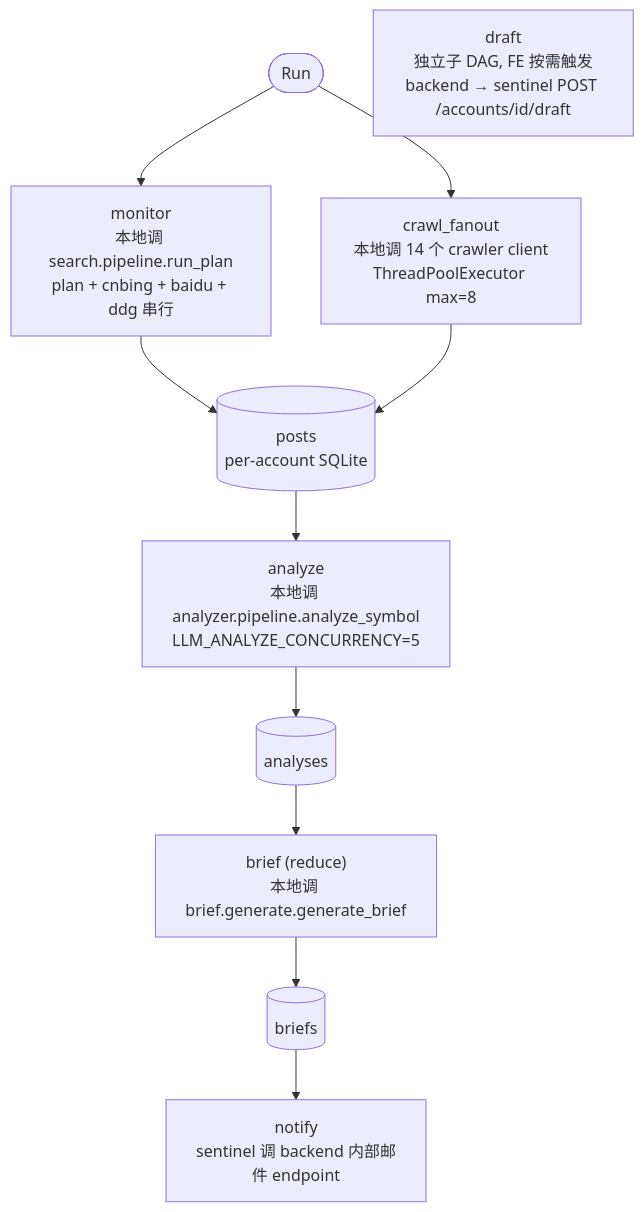
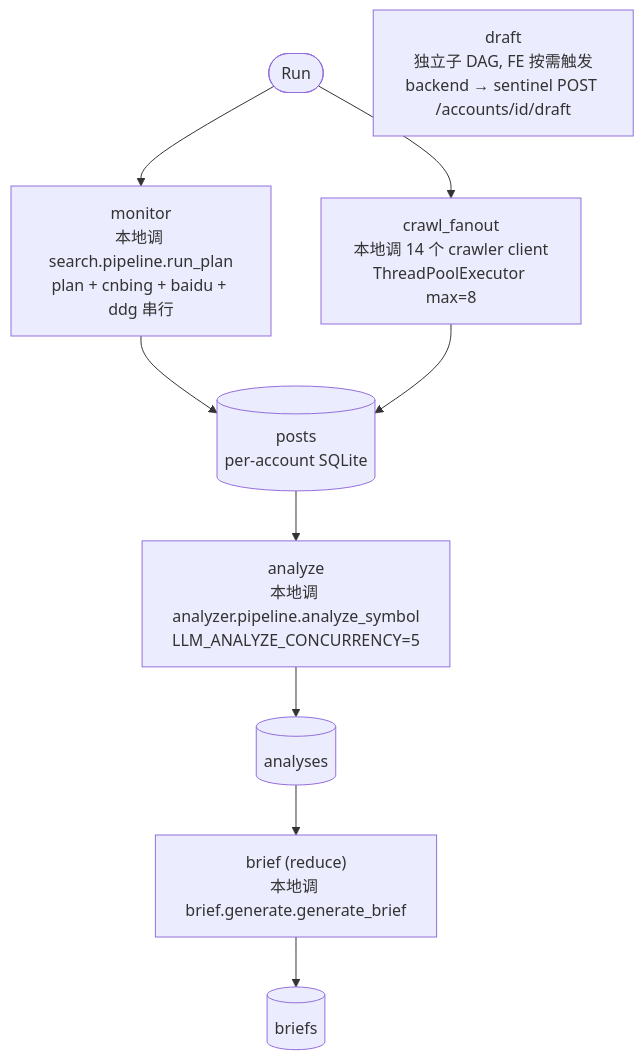
Before and after one commit to sr007-cxy/Vigilath: the fourth of 5 diagrams in services/sentinel-service/docs/sentiment-architecture-v2.md, drawn with Mermaid. The commit also changed other lines of this file, not shown here.

````diff
--- a/services/sentinel-service/docs/sentiment-architecture-v2.md
+++ b/services/sentinel-service/docs/sentiment-architecture-v2.md
@@ -166,24 +169,22 @@
 ```mermaid
 flowchart TD
     Run([Run])
     Monitor["monitor<br/>本地调 search.pipeline.run_plan<br/>plan + cnbing + baidu + ddg 串行"]
     Crawl["crawl_fanout<br/>本地调 14 个 crawler client<br/>ThreadPoolExecutor max=8"]
     Posts[("posts<br/>per-account SQLite")]
     Analyze["analyze<br/>本地调 analyzer.pipeline.analyze_symbol<br/>LLM_ANALYZE_CONCURRENCY=5"]
     Analyses[("analyses")]
     Brief["brief (reduce)<br/>本地调 brief.generate.generate_brief"]
     Briefs[("briefs")]
-    Notify["notify<br/>sentinel 调 backend 内部邮件 endpoint"]
 
     Draft["draft<br/>独立子 DAG, FE 按需触发<br/>backend → sentinel POST /accounts/id/draft"]
 
     Run --> Monitor
     Run --> Crawl
     Monitor --> Posts
     Crawl --> Posts
     Posts --> Analyze
     Analyze --> Analyses
     Analyses --> Brief
     Brief --> Briefs
-    Briefs --> Notify
 ```
````
